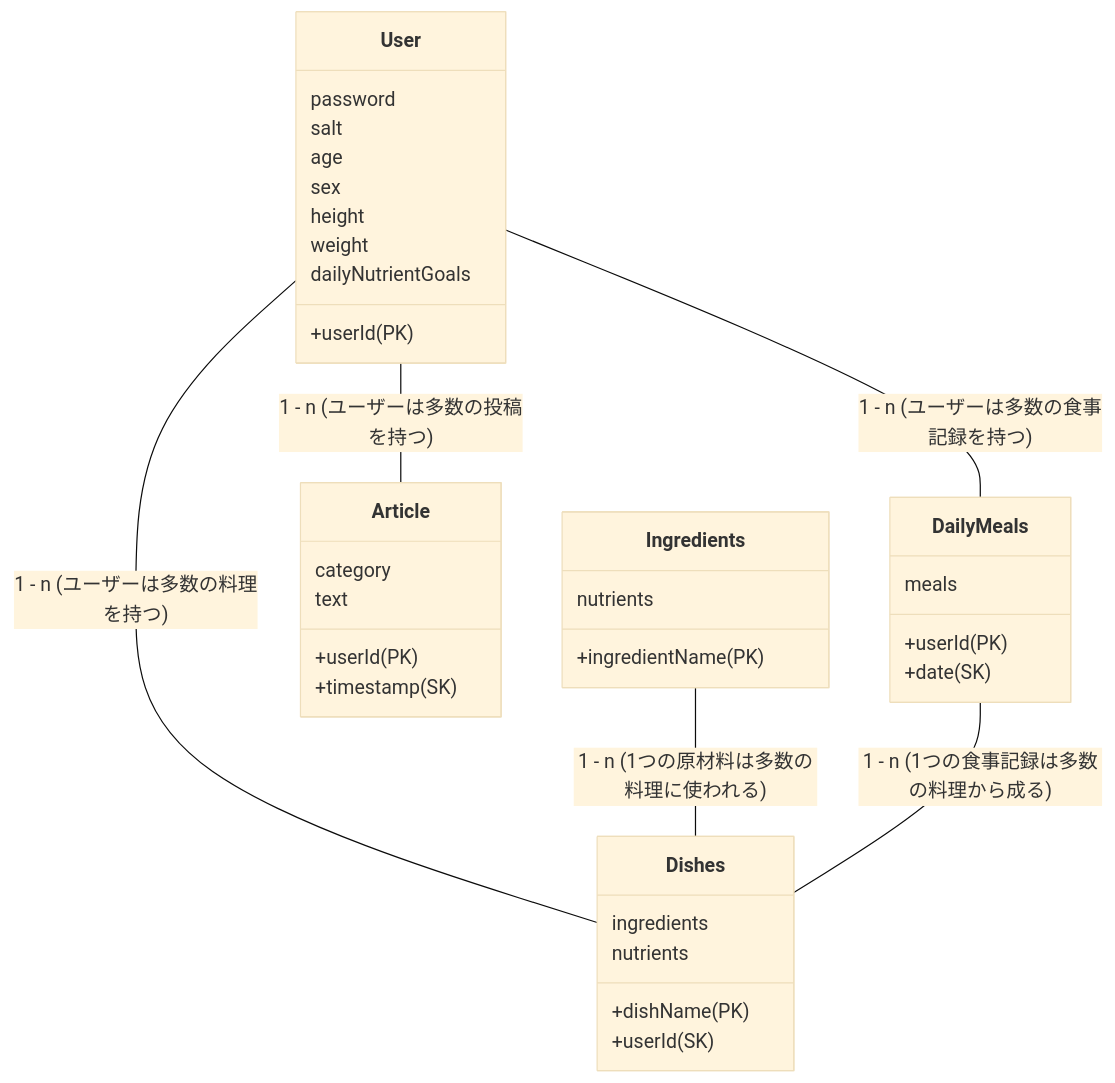
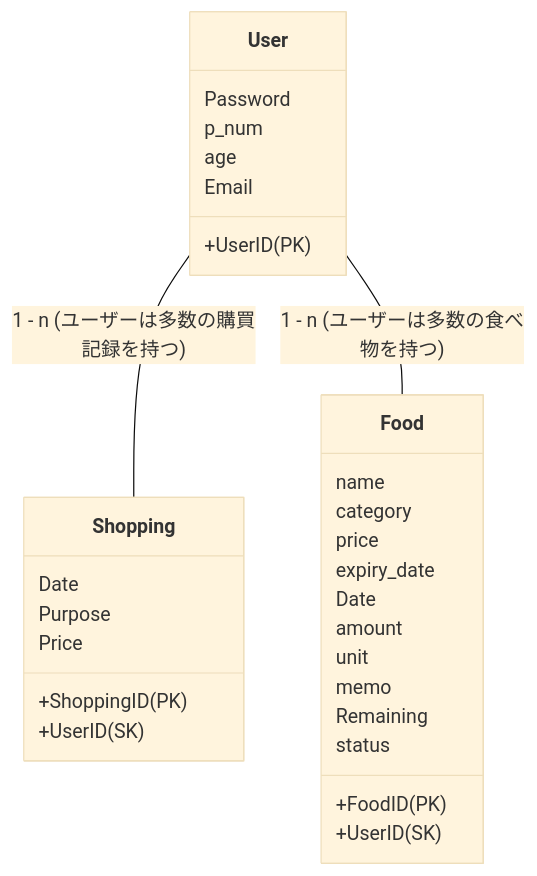
The diagram in README.md (sugityan/manage_food_expensive), drawn with Mermaid (base theme) before and after one commit.

Commit message:
Write database blueprint

````diff
--- a/README.md
+++ b/README.md
@@ -91,45 +91,37 @@
 ```mermaid
 classDiagram
-    User -- DailyMeals : 1 - n (ユーザーは多数の食事記録を持つ)
-    User -- Article : 1 - n (ユーザーは多数の投稿を持つ)
-    User -- Dishes : 1 - n (ユーザーは多数の料理を持つ)
-    Ingredients -- Dishes : 1 - n (1つの原材料は多数の料理に使われる)
-    DailyMeals -- Dishes : 1 - n (1つの食事記録は多数の料理から成る)
+    User -- Shopping : 1 - n (ユーザーは多数の購買記録を持つ)
+    User -- Food : 1 - n (ユーザーは多数の食べ物を持つ)
 
     class User {
-        +userId (PK)
-        password
-        salt
+        +UserID (PK)
+        Password
+        p_num
         age
-        sex
-        height
-　　　　　　　　　　　　　　　　weight
-        dailyNutrientGoals
+        Email
     }
 
-    class Article {
-       +userId(PK)
-       +timestamp(SK)
+    class Food {
+       +FoodID(PK)
+       +UserID(SK)
+       name
        category
-       text
+       price
+       expiry_date
+       Date
+       amount
+       unit
+       memo
+       Remaining
+       status
     }
 
-    class Dishes {
-        +dishName (PK)
-        +userId (SK)
-        ingredients
-        nutrients
-    }
-
-    class DailyMeals {
-        +userId (PK)
-        +date (SK)
-        meals 
-    }
-
-    class Ingredients {
-        +ingredientName (PK)
-        nutrients
+    class Shopping {
+        +ShoppingID (PK)
+        +UserID (SK)
+        Date
+        Purpose
+        Price
     }
 
 ```
````
